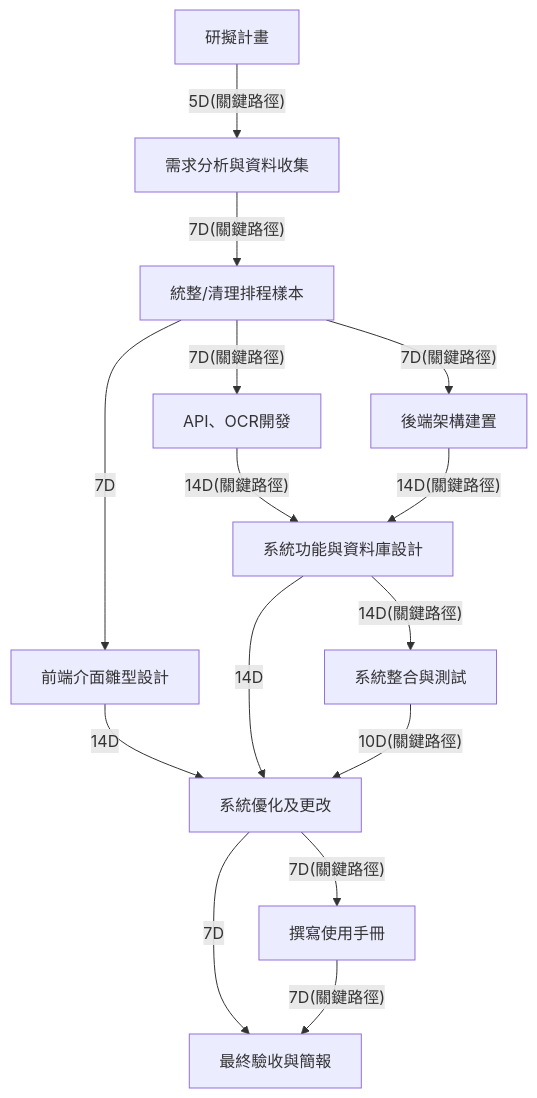
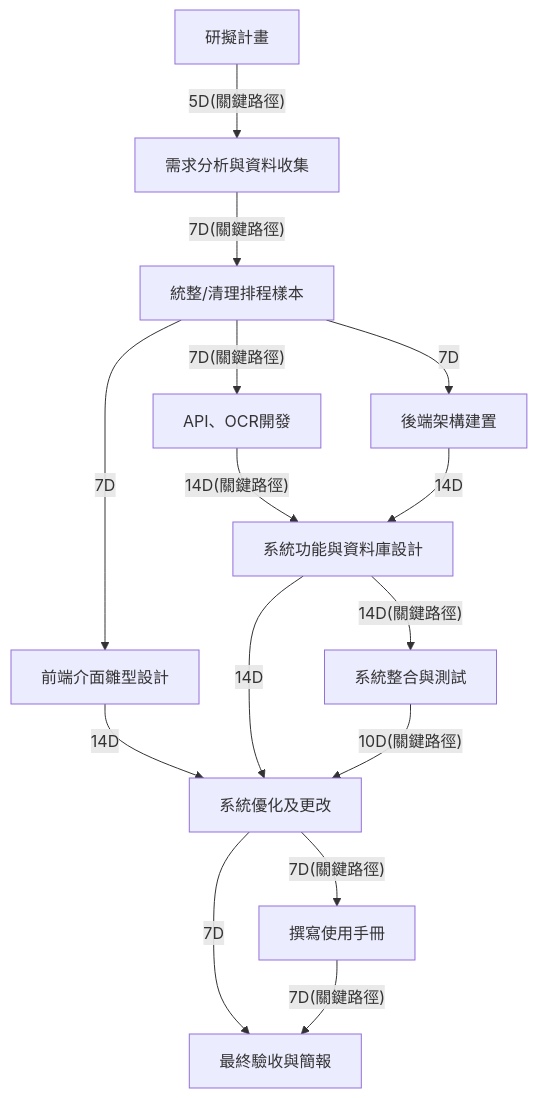
Before and after one commit to renhao1203/project: the first of 2 diagrams in mission.md, drawn with Mermaid.

Commit message:
mission.md

````diff
--- a/mission.md
+++ b/mission.md
@@ -35,18 +35,18 @@
 ```mermaid
 graph TD
     1[研擬計畫] --5D(關鍵路徑)--> 2[需求分析與資料收集]
     2 --7D(關鍵路徑)--> 3[統整/清理排程樣本]
     3 --7D(關鍵路徑)--> 4[API、OCR開發]
-    3 --7D(關鍵路徑)--> 5[後端架構建置]
+    3 --7D--> 5[後端架構建置]
     3 --7D--> 6[前端介面雛型設計]
     4 --14D(關鍵路徑)--> 7[系統功能與資料庫設計]
-    5 --14D(關鍵路徑)--> 7[系統功能與資料庫設計]
+    5 --14D--> 7[系統功能與資料庫設計]
     7 --14D(關鍵路徑)--> 8[系統整合與測試]
     6 --14D--> 9[系統優化及更改]
     7 --14D--> 9[系統優化及更改]
     8 --10D(關鍵路徑)--> 9[系統優化及更改]
     9 --7D(關鍵路徑)--> 10[撰寫使用手冊]
     9 --7D--> 11[最終驗收與簡報]
     10 --7D(關鍵路徑)--> 11[最終驗收與簡報]
   
 ```
````
